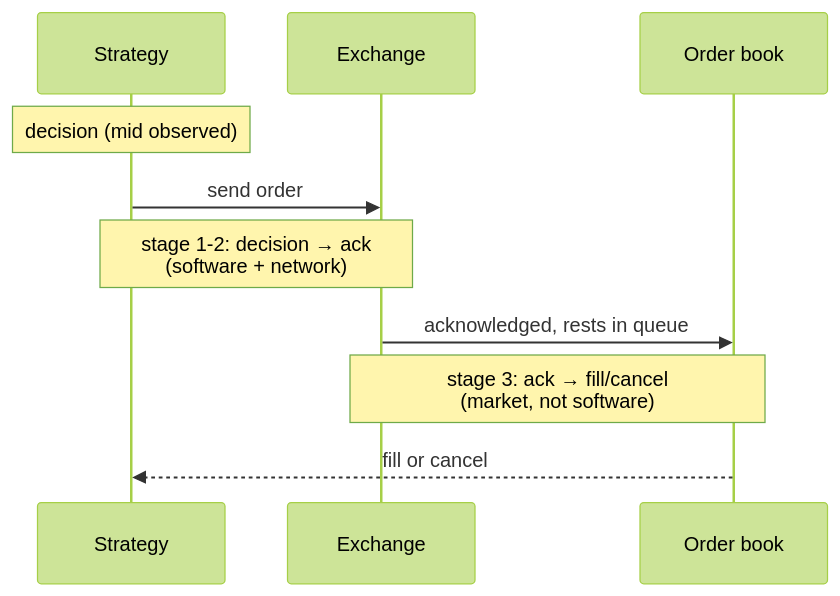
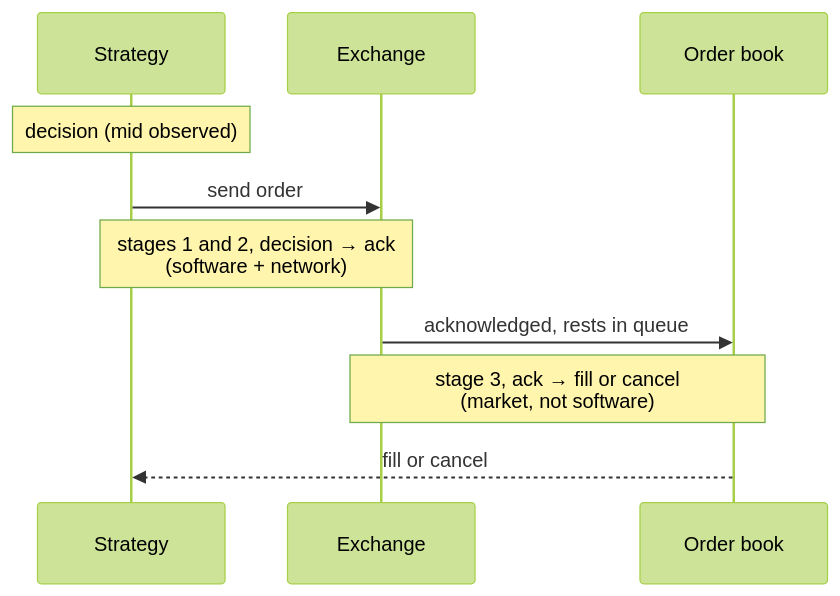
One commit to sohanHajra/Proposals changed the diagram in 01-signal-to-fill/README.md. Above: the diagram before and after it, drawn with Mermaid (forest theme). The commit also changed other lines of this file and 4 other files, not shown here.

````diff
--- a/01-signal-to-fill/README.md
+++ b/01-signal-to-fill/README.md
@@ -15,12 +15,12 @@
 ```mermaid
 sequenceDiagram
     participant S as Strategy
     participant X as Exchange
     participant B as Order book
     Note over S: decision (mid observed)
     S->>X: send order
-    Note over S,X: stage 1-2: decision → ack<br/>(software + network)
+    Note over S,X: stages 1 and 2, decision → ack<br/>(software + network)
     X->>B: acknowledged, rests in queue
-    Note over X,B: stage 3: ack → fill/cancel<br/>(market, not software)
+    Note over X,B: stage 3, ack → fill or cancel<br/>(market, not software)
     B-->>S: fill or cancel
 ```
````
